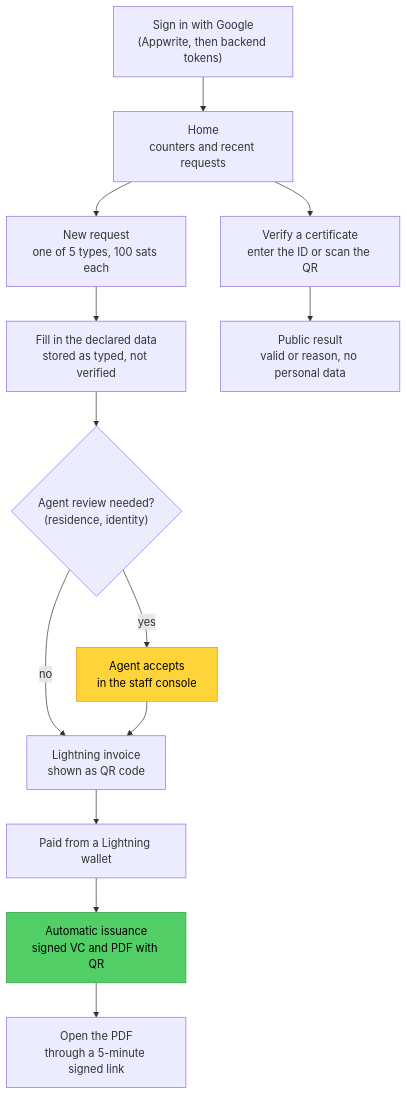
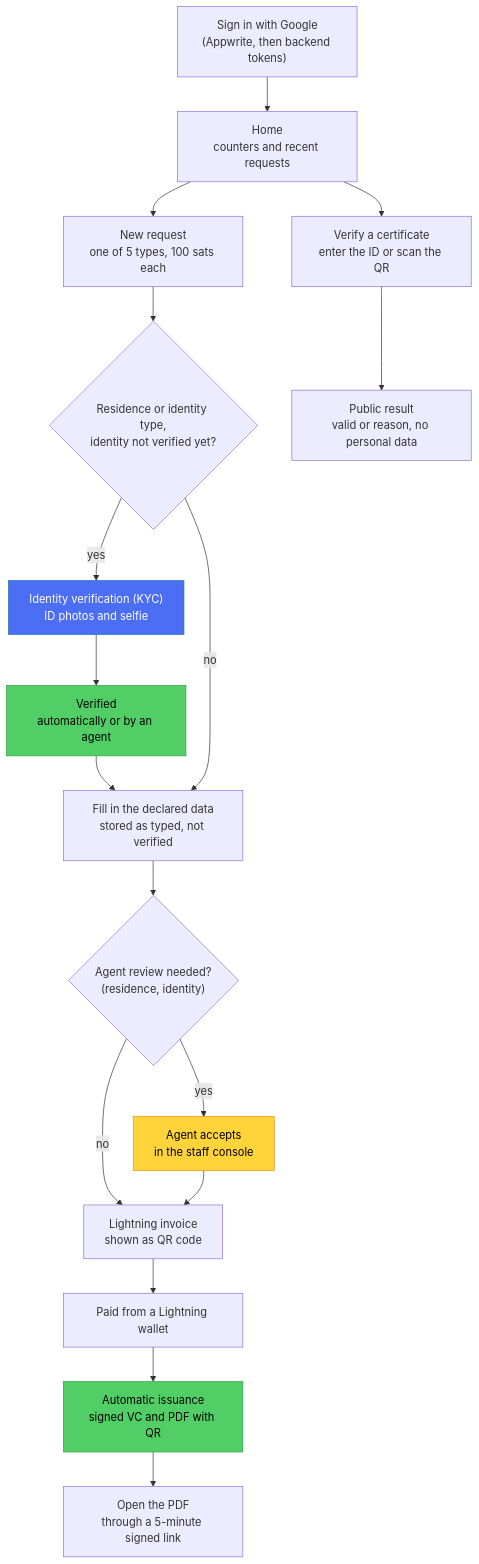
One commit to Bitnob-Hackhaton/DioteKo changed the first of 18 diagrams in README.md. Above: the diagram before and after it, drawn with Mermaid. The commit also changed other lines of this file, not shown here.

Commit message:
docs(readme): add KYC section and screenshots in English and French

````diff
--- a/README.md
+++ b/README.md
@@ -144,20 +198,26 @@
 ```mermaid
 flowchart TD
   S1["Sign in with Google<br/>(Appwrite, then backend tokens)"] --> S2["Home<br/>counters and recent requests"]
   S2 --> S3["New request<br/>one of 5 types, 100 sats each"]
-  S3 --> S4["Fill in the declared data<br/>stored as typed, not verified"]
+  S3 --> K0{"Residence or identity type,<br/>identity not verified yet?"}
+  K0 -- "yes" --> K1["Identity verification (KYC)<br/>ID photos and selfie"]
+  K1 --> K2["Verified<br/>automatically or by an agent"]
+  K2 --> S4
+  K0 -- "no" --> S4["Fill in the declared data<br/>stored as typed, not verified"]
   S4 --> D1{"Agent review needed?<br/>(residence, identity)"}
   D1 -- "yes" --> R1["Agent accepts<br/>in the staff console"]
   D1 -- "no" --> P1
   R1 --> P1["Lightning invoice<br/>shown as QR code"]
   P1 --> P2["Paid from a Lightning wallet"]
   P2 --> C1["Automatic issuance<br/>signed VC and PDF with QR"]
   C1 --> C2["Open the PDF<br/>through a 5-minute signed link"]
   S2 --> V1["Verify a certificate<br/>enter the ID or scan the QR"]
   V1 --> V2["Public result<br/>valid or reason, no personal data"]
 
   classDef pending fill:#ffd43b,stroke:#f08c00,color:#000
   classDef success fill:#51cf66,stroke:#2f9e44,color:#000
+  classDef step fill:#4c6ef5,stroke:#1971c2,color:#fff
   class R1 pending
-  class C1 success
+  class C1,K2 success
+  class K1 step
 ```
````
